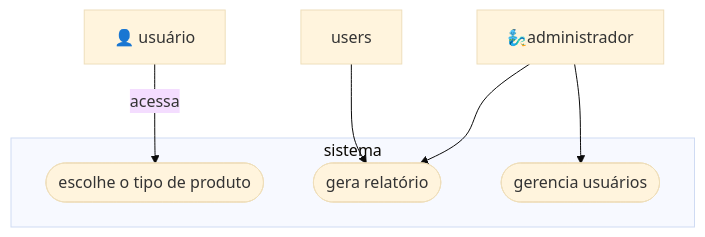
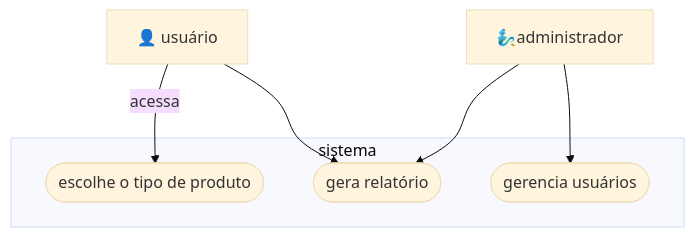
One commit to CTISM-Prof-Henry/trab-final-tarde-criacao changed the diagram in app/Untitled diagram _ Mermaid Chart-2025-09-02-184833.mmd. Above: the diagram before and after it, drawn with Mermaid (base theme).

Commit message:
Update Untitled diagram _ Mermaid Chart-2025-09-02-184833.mmd

```diff
--- a/app/Untitled diagram _ Mermaid Chart-2025-09-02-184833.mmd
+++ b/app/Untitled diagram _ Mermaid Chart-2025-09-02-184833.mmd
@@ -1,17 +1,17 @@
 flowchart TD 
     %% TD - Top down (diagrama sai na vertical)
     %% LR - left rigth (diagrama sai na horizontal)
     user["👤 usuário"]
     adm["🧞‍♂️administrador"]
 
     subgraph "sistema"
     Escolhe(["escolhe o tipo de produto"])
     relatorio([gera relatório])
     gerencia([gerencia usuários])
 end
 
     adm -->relatorio
     adm -->gerencia
 
     user --"acessa" -->Escolhe
-    users -->relatorio
+    user -->relatorio
```
